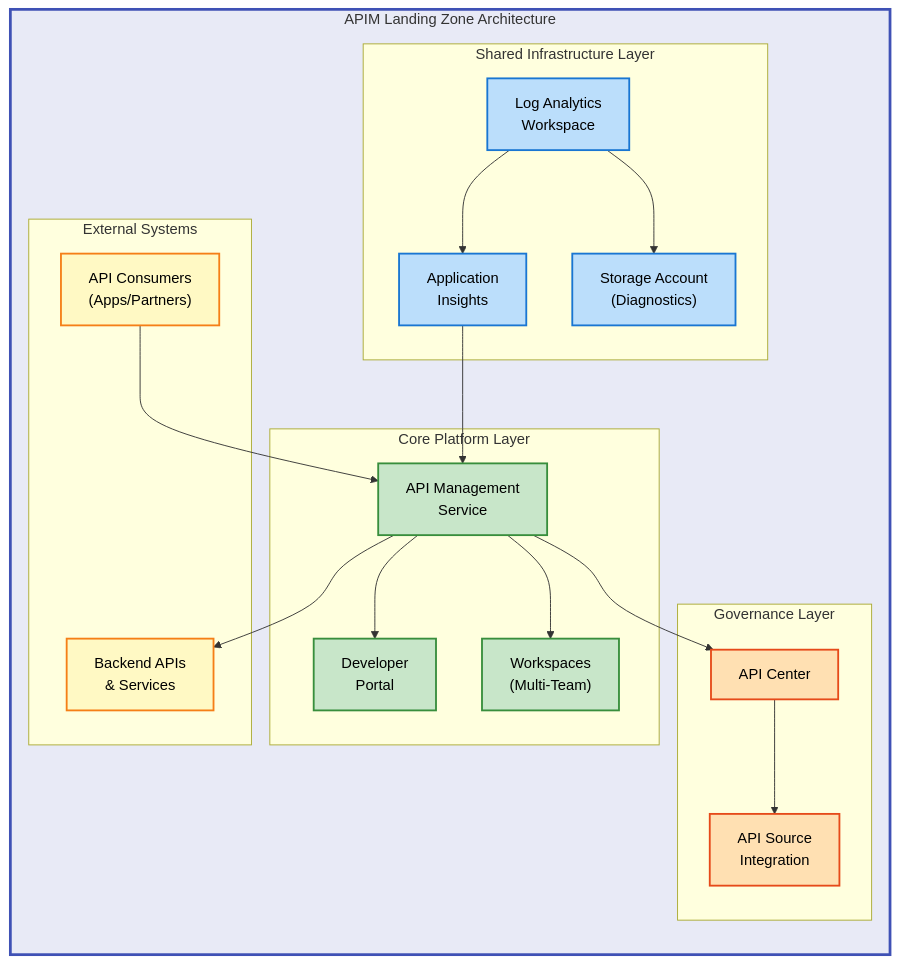
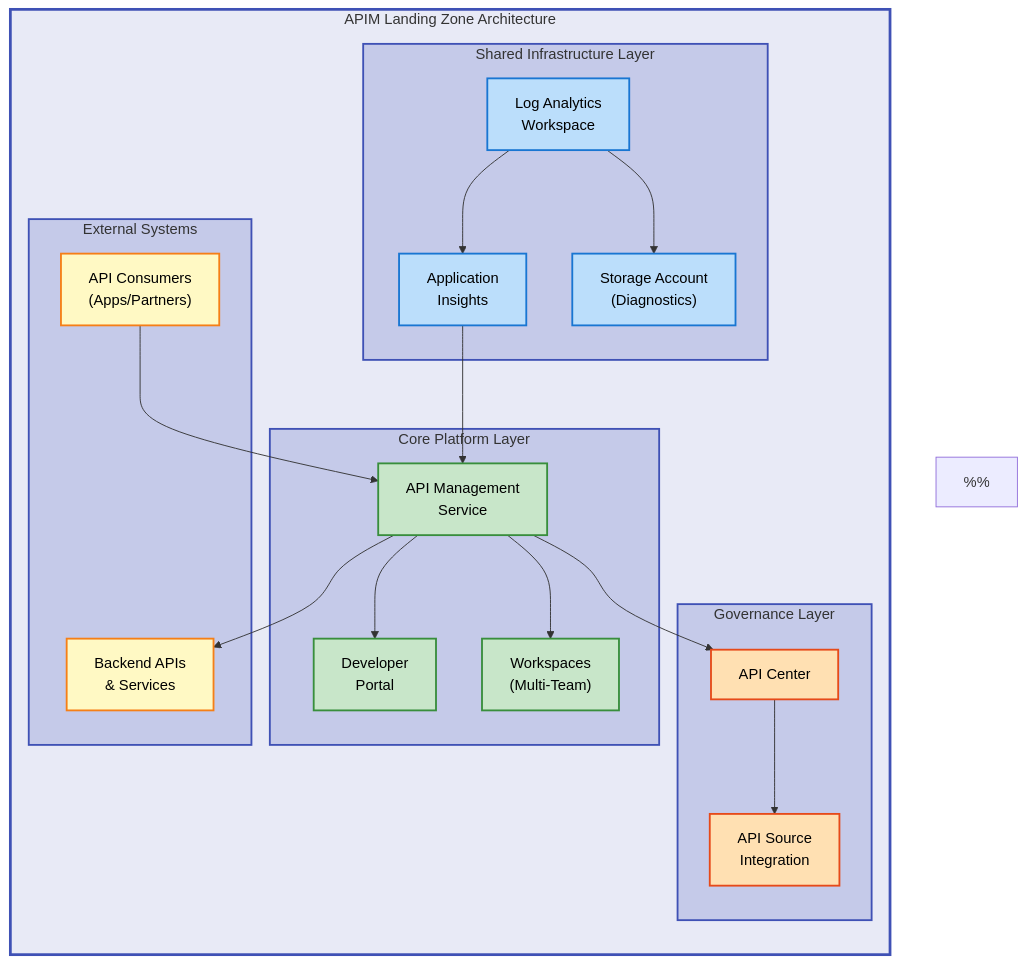
One commit to Evilazaro/APIM-Accelerator changed the diagram in README.md. Above: the diagram before and after it, drawn with Mermaid.

Commit message:
Enhance flowchart documentation in README.md with standardized color scheme and detailed color usage notes for improved accessibility and clarity

````diff
--- a/README.md
+++ b/README.md
@@ -38,11 +38,44 @@
 ```mermaid
 %%{init: {"flowchart": {"htmlLabels": false}} }%%
 flowchart TB
+    %% ============================================
+    %% STANDARD COLOR SCHEME - DO NOT MODIFY
+    %% ============================================
+    %% Main Group Level (Neutral background)
     classDef mainGroup fill:#E8EAF6,stroke:#3F51B5,stroke-width:3px,color:#000
+
+    %% Sub Group Level (Hierarchical Level 2)
+    classDef subGroup fill:#C5CAE9,stroke:#3F51B5,stroke-width:2px,color:#000
+
+    %% Content Level (Semantic colors)
     classDef mdBlue fill:#BBDEFB,stroke:#1976D2,stroke-width:2px,color:#000
     classDef mdGreen fill:#C8E6C9,stroke:#388E3C,stroke-width:2px,color:#000
     classDef mdOrange fill:#FFE0B2,stroke:#E64A19,stroke-width:2px,color:#000
     classDef mdYellow fill:#FFF9C4,stroke:#F57F17,stroke-width:2px,color:#000
+    %% ============================================
+
+    %% ============================================
+    %% COLOR SCHEME DOCUMENTATION
+    %% ============================================
+    %% Level 1 (Main Container): Indigo 50 (#E8EAF6)
+    %%   - Used for: Top-level architecture container
+    %%   - Purpose: Visual hierarchy and professional appearance
+    %%   - Stroke: Indigo 500 (#3F51B5), 3px
+    %%
+    %% Level 2 (Layer Subgroups): Indigo 100 (#C5CAE9)
+    %%   - Used for: Shared, Core, Governance, External layers
+    %%   - Purpose: Logical separation of architectural layers
+    %%   - Stroke: Indigo 500 (#3F51B5), 2px
+    %%
+    %% Level 3 (Content Nodes): Material Design semantic colors
+    %%   - Blue (#BBDEFB): Infrastructure services (monitoring, storage)
+    %%   - Green (#C8E6C9): Core platform services (APIM, portal)
+    %%   - Orange (#FFE0B2): Governance services (API Center)
+    %%   - Yellow (#FFF9C4): External systems (backends, consumers)
+    %%
+    %% Accessibility: All color combinations meet WCAG AA standards
+    %% (4.5:1 contrast ratio minimum with dark text #000)
+    %% ============================================
 
     subgraph system["APIM Landing Zone Architecture"]
         direction TB
@@ -69,18 +102,34 @@
             consumers["API Consumers<br/>(Apps/Partners)"]:::mdYellow
         end
 
+        %% ============================================
+        %% FLOW CONNECTIONS
+        %% ============================================
+        %% Monitoring flow: Foundation layer establishes observability
         logAnalytics --> appInsights
         appInsights --> apim
         logAnalytics --> storage
 
+        %% Platform flow: APIM orchestrates portal and workspace access
         apim --> devPortal
         apim --> workspaces
         apim --> apiCenter
         apiCenter --> apiSource
 
+        %% API flow: Consumer requests → APIM gateway → Backend services
         consumers --> apim
         apim --> backends
     end
 
+    %% ============================================
+    %% SUBGRAPH STYLING - CRITICAL FOR VISUAL HIERARCHY
+    %% ============================================
+    %% Level 1: Main container (Indigo 50)
     style system fill:#E8EAF6,stroke:#3F51B5,stroke-width:3px
+
+    %% Level 2: Architectural layer subgroups (Indigo 100)
+    style shared fill:#C5CAE9,stroke:#3F51B5,stroke-width:2px
+    style core fill:#C5CAE9,stroke:#3F51B5,stroke-width:2px
+    style inventory fill:#C5CAE9,stroke:#3F51B5,stroke-width:2px
+    style external fill:#C5CAE9,stroke:#3F51B5,stroke-width:2px
 ```
````
